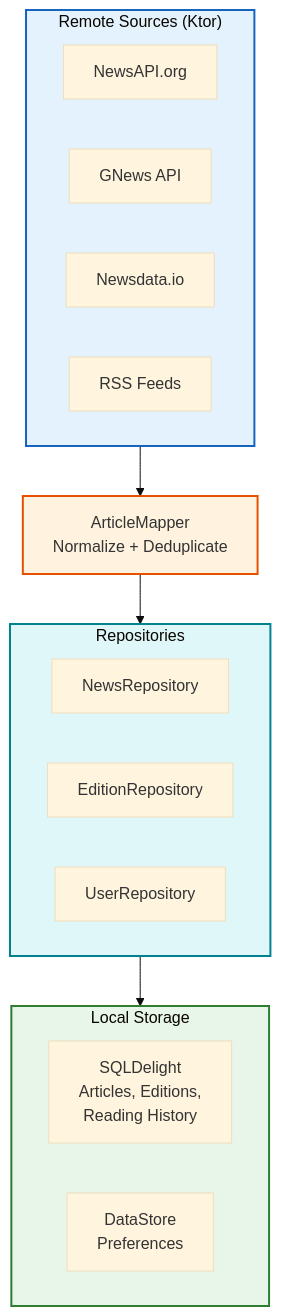
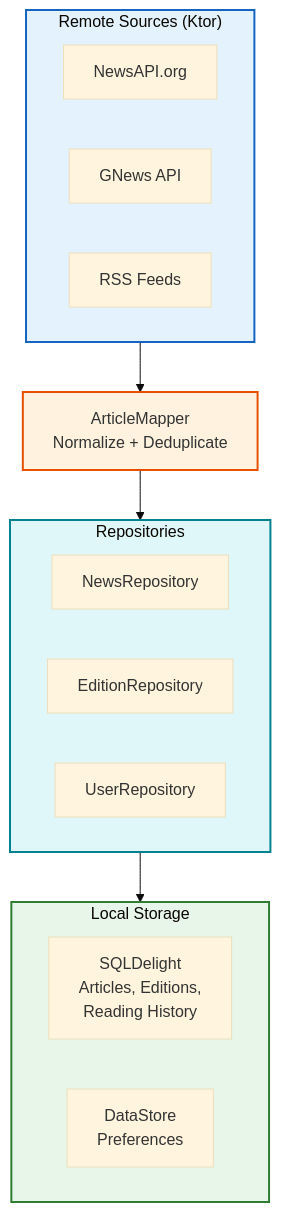
Before and after one commit to RandhirGupta/PaperwalaApp: the fourth of 10 diagrams in ARCHITECTURE.md, drawn with Mermaid. The commit also changed other lines of this file and 15 other files, not shown here.

````diff
--- a/ARCHITECTURE.md
+++ b/ARCHITECTURE.md
@@ -102,32 +102,31 @@
 ```mermaid
 %%{init: {'theme': 'base', 'themeVariables': {'fontSize': '16px'}}}%%
 graph TD
     subgraph Repos["Repositories"]
         NR["NewsRepository"]
         ER["EditionRepository"]
         UR["UserRepository"]
     end
 
     subgraph Remote["Remote Sources (Ktor)"]
         NA["NewsAPI.org"]
         GN["GNews API"]
-        ND["Newsdata.io"]
         RSS["RSS Feeds"]
     end
 
     subgraph Local["Local Storage"]
         SQL["SQLDelight<br/>Articles, Editions,<br/>Reading History"]
         DS["DataStore<br/>Preferences"]
     end
 
     AM["ArticleMapper<br/>Normalize + Deduplicate"]
 
     Remote --> AM
     AM --> Repos
     Repos --> Local
 
     style Repos fill:#E0F7FA,stroke:#00838F,stroke-width:2px
     style Remote fill:#E3F2FD,stroke:#1565C0,stroke-width:2px
     style Local fill:#E8F5E9,stroke:#2E7D32,stroke-width:2px
     style AM fill:#FFF3E0,stroke:#E65100,stroke-width:2px
 ```
````
